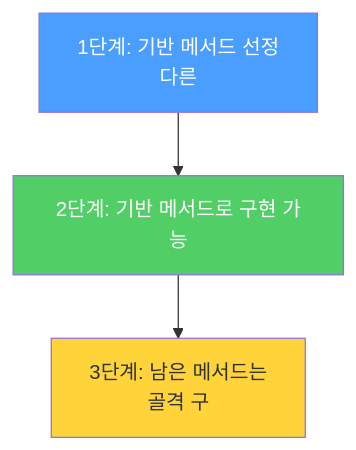
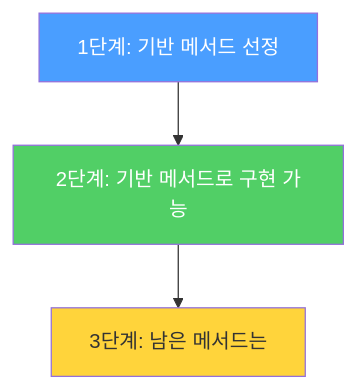
One commit to yjkim2015/yjkim2015.github.io changed the fourth of 5 diagrams in _posts/java/2022-01-03-effective-java20.md. Above: the diagram before and after it, drawn with Mermaid. The commit also changed other lines of this file and 217 other files, not shown here.

First line of the commit message:
Mermaid 크기 수정: useMaxWidth:true + SVG max-width:100% + 라벨 축소

````diff
--- a/_posts/java/2022-01-03-effective-java20.md
+++ b/_posts/java/2022-01-03-effective-java20.md
@@ -202,8 +202,8 @@
 ```mermaid
 graph TD
-    A["1단계: 기반 메서드 선정\n다른"] --> B["2단계: 기반 메서드로 구현 가능"]
-    B --> C["3단계: 남은 메서드는\n골격 구"]
+    A["1단계: 기반 메서드 선정"] --> B["2단계: 기반 메서드로 구현 가능"]
+    B --> C["3단계: 남은 메서드는"]
     style A fill:#4a9eff,color:#fff
     style B fill:#51cf66,color:#fff
     style C fill:#ffd43b
 ```
````
